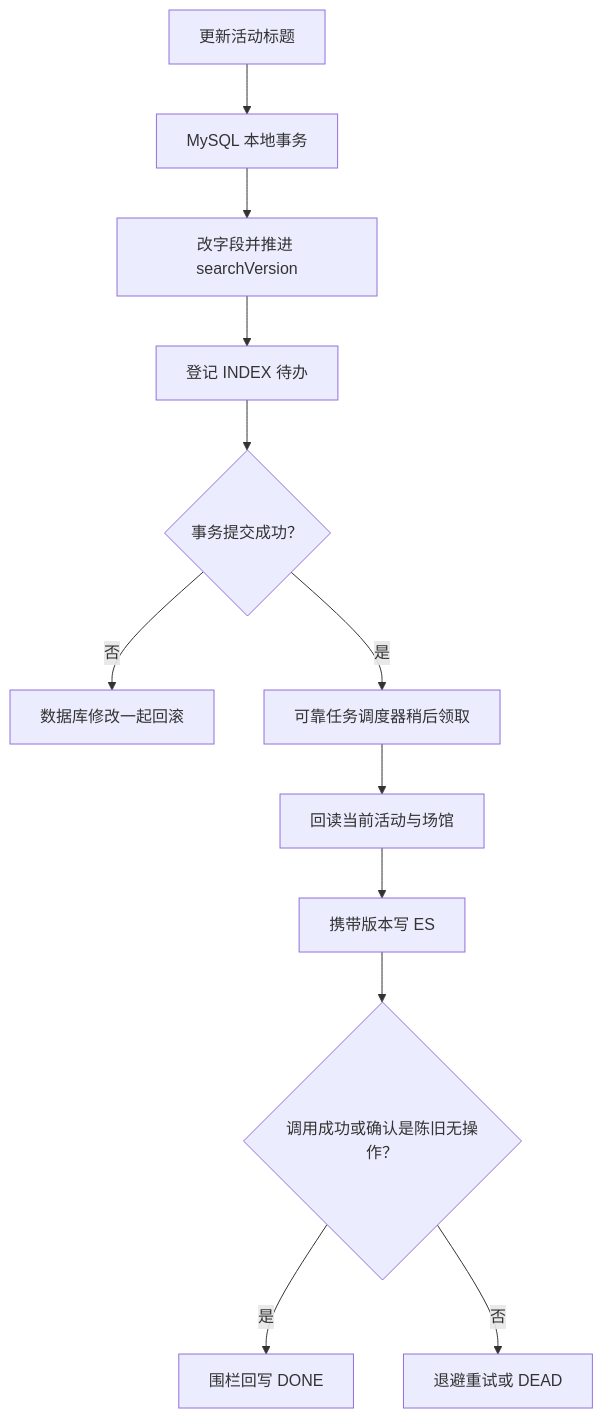
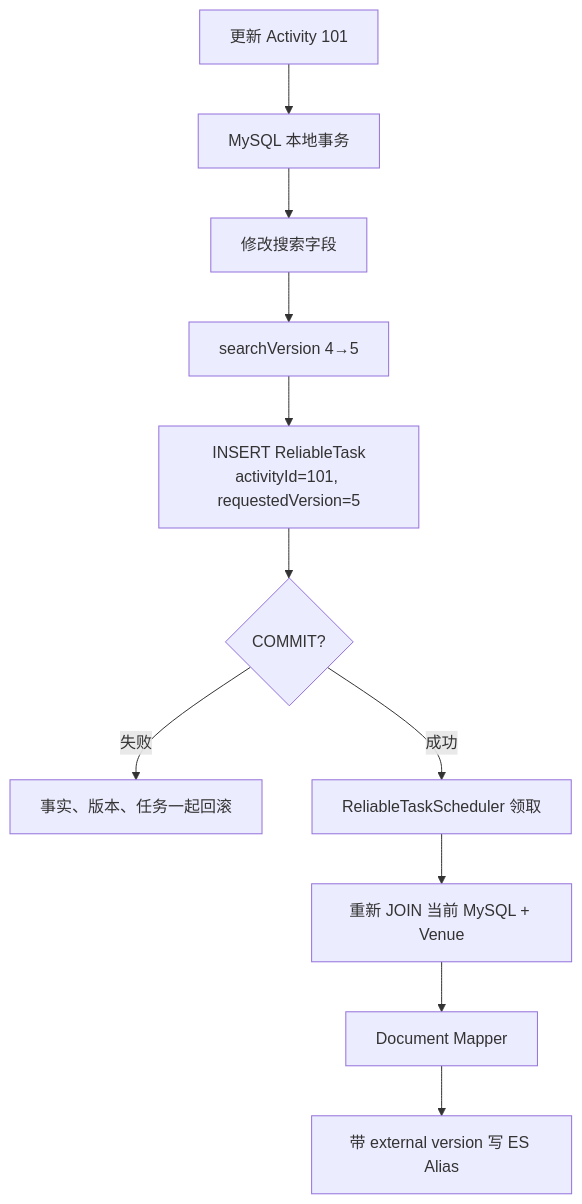
Before and after one commit to SyH-101/citypass-platform: the tenth of 24 diagrams in 03-全文检索与索引治理.md, drawn with Mermaid. The commit also changed other lines of this file, not shown here.

````diff
--- a/03-全文检索与索引治理.md
+++ b/03-全文检索与索引治理.md
@@ -1144,14 +739,13 @@
 ```mermaid
 flowchart TD
-    A["更新活动标题"] --> B["MySQL 本地事务"]
-    B --> C["改字段并推进 searchVersion"]
-    C --> D["登记 INDEX 待办"]
-    D --> E{"事务提交成功？"}
-    E -->|否| F["数据库修改一起回滚"]
-    E -->|是| G["可靠任务调度器稍后领取"]
-    G --> H["回读当前活动与场馆"]
-    H --> I["携带版本写 ES"]
-    I --> J{"调用成功或确认是陈旧无操作？"}
-    J -->|是| K["围栏回写 DONE"]
-    J -->|否| L["退避重试或 DEAD"]
+    A["更新 Activity 101"] --> TX["MySQL 本地事务"]
+    TX --> B["修改搜索字段"]
+    B --> C["searchVersion 4→5"]
+    C --> D["INSERT ReliableTask<br/>activityId=101, requestedVersion=5"]
+    D --> E{"COMMIT?"}
+    E -->|"失败"| F["事实、版本、任务一起回滚"]
+    E -->|"成功"| G["ReliableTaskScheduler 领取"]
+    G --> H["重新 JOIN 当前 MySQL + Venue"]
+    H --> I["Document Mapper"]
+    I --> J["带 external version 写 ES Alias"]
 ```
````
